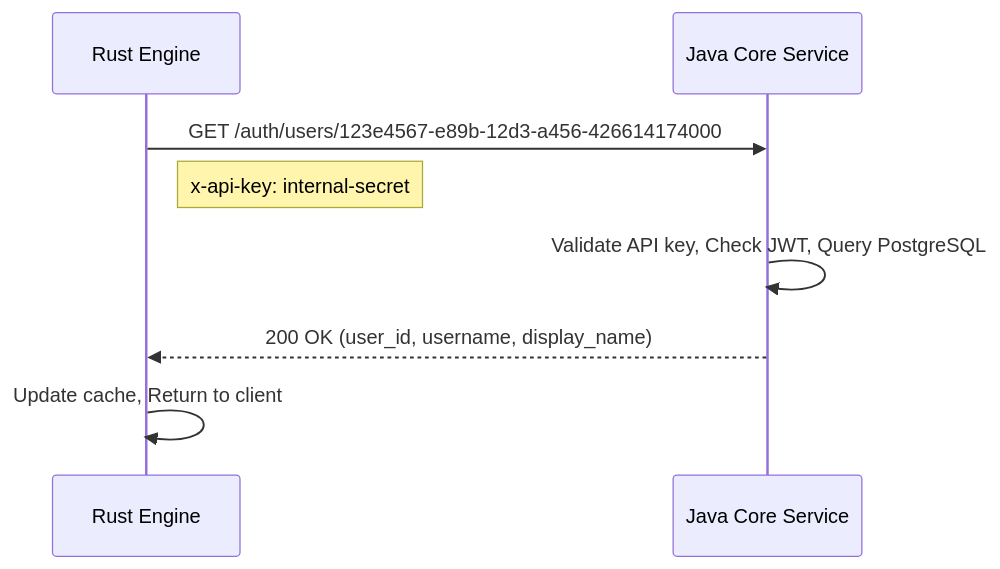
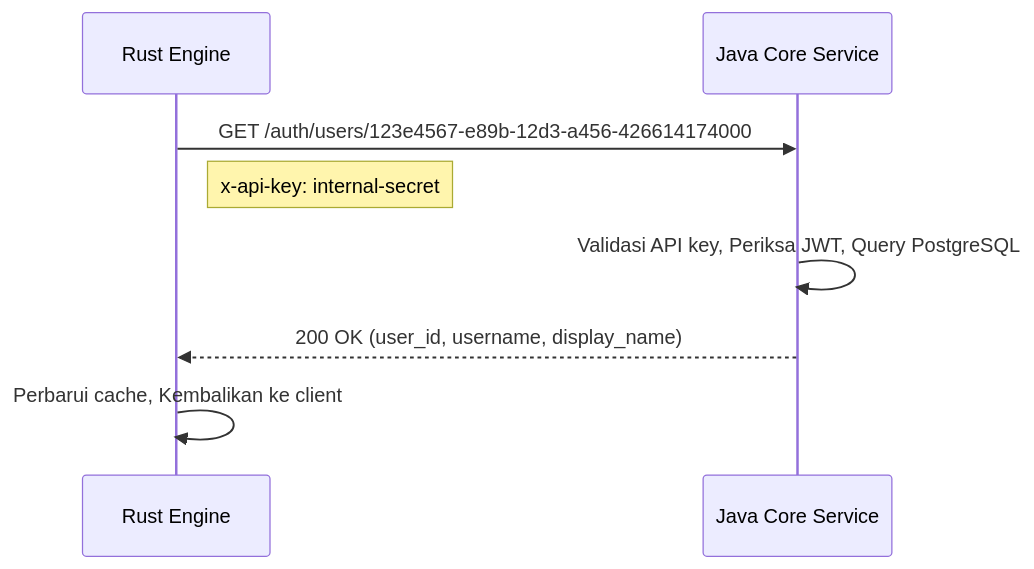
One commit to advprog-2026-A14-project/yomu-docs changed the second of 3 diagrams in content/docs/architecture/communication.mdx. Above: the diagram before and after it, drawn with Mermaid. The commit also changed other lines of this file and 30 other files, not shown here.

````diff
--- a/content/docs/architecture/communication.mdx
+++ b/content/docs/architecture/communication.mdx
@@ -76,11 +76,11 @@
 ```mermaid
 sequenceDiagram
     participant RUST as Rust Engine
     participant JAVA as Java Core Service
 
     RUST->>JAVA: GET /auth/users/123e4567-e89b-12d3-a456-426614174000
     Note right of RUST: x-api-key: internal-secret
-    JAVA->>JAVA: Validate API key, Check JWT, Query PostgreSQL
+    JAVA->>JAVA: Validasi API key, Periksa JWT, Query PostgreSQL
     JAVA-->>RUST: 200 OK (user_id, username, display_name)
-    RUST->>RUST: Update cache, Return to client
+    RUST->>RUST: Perbarui cache, Kembalikan ke client
 ```
````
